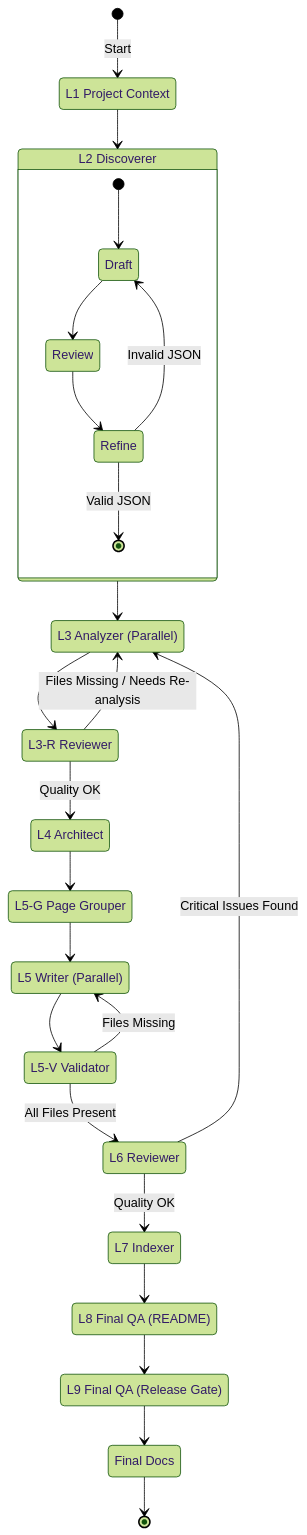
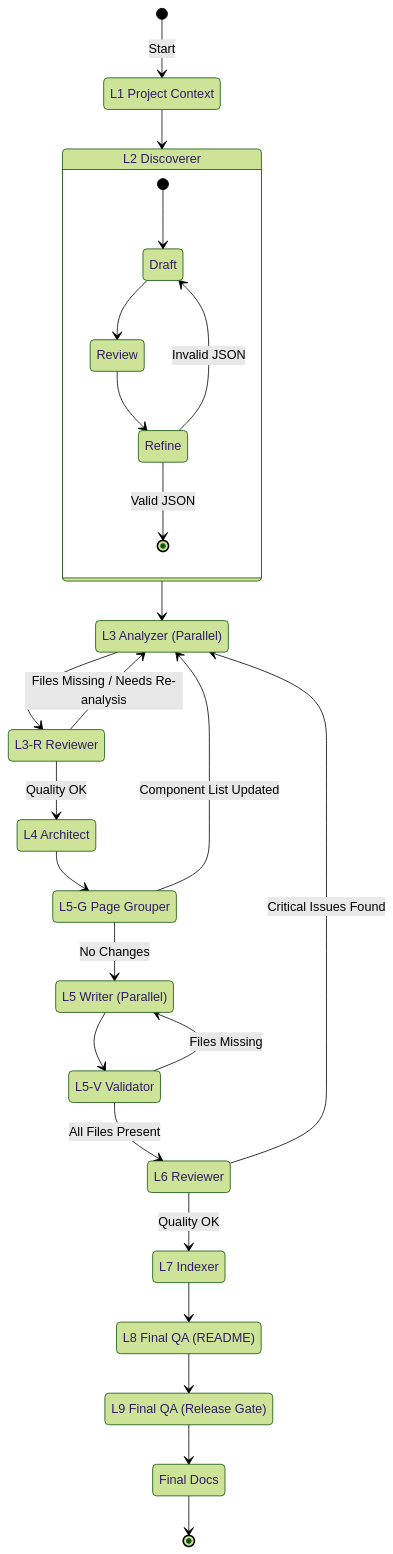
The diagram in README.md (ifapmzadu6/vscode-copilot-deepwiki-extention), drawn with Mermaid (forest theme) before and after one commit. The commit also changed other lines of this file, not shown here.

Commit message:
docs: update README to reflect L5-G stage positioning and capabilities (#136)
- Move L5-G section before L5 Writer to match actual execution order
- Add component list update capability description to L5-G
- Update Mermaid diagram to show L5-G → L3 loop when components updated
- Update Self-Correction Loop feature description

````diff
--- a/README.md
+++ b/README.md
@@ -23,48 +23,49 @@
 ```mermaid
 stateDiagram-v2
     [*] --> L1: Start
 
     L1: L1 Project Context
     L2: L2 Discoverer
     L3: L3 Analyzer (Parallel)
-	    L3R: L3-R Reviewer
-	    L4: L4 Architect
-	    L5G: L5-G Page Grouper
-	    L5: L5 Writer (Parallel)
-	    L5V: L5-V Validator
-	    L6: L6 Reviewer
+    L3R: L3-R Reviewer
+    L4: L4 Architect
+    L5G: L5-G Page Grouper
+    L5: L5 Writer (Parallel)
+    L5V: L5-V Validator
+    L6: L6 Reviewer
     L7: L7 Indexer
     L8: L8 Final QA (README)
     L9: L9 Final QA (Release Gate)
     Done: Final Docs
 
     L1 --> L2
 
     state L2 {
         [*] --> Draft
         Draft --> Review
         Review --> Refine
         Refine --> [*]: Valid JSON
         Refine --> Draft: Invalid JSON
     }
 
     L2 --> L3
 
     L3 --> L3R
     L3R --> L3: Files Missing / Needs Re-analysis
-	    L3R --> L4: Quality OK
-	    
-	    L4 --> L5G
-	    L5G --> L5
-	    L5 --> L5V
-	    L5V --> L5: Files Missing
-	    L5V --> L6: All Files Present
-    
+    L3R --> L4: Quality OK
+
+    L4 --> L5G
+    L5G --> L3: Component List Updated
+    L5G --> L5: No Changes
+    L5 --> L5V
+    L5V --> L5: Files Missing
+    L5V --> L6: All Files Present
+
     L6 --> L3: Critical Issues Found
     L6 --> L7: Quality OK
-    
+
     L7 --> L8
     L8 --> L9
     L9 --> Done
     Done --> [*]
 ```
````
